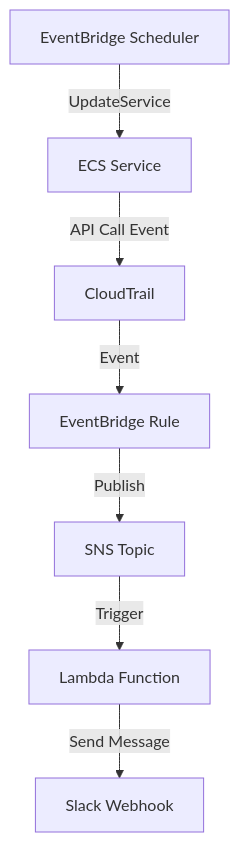
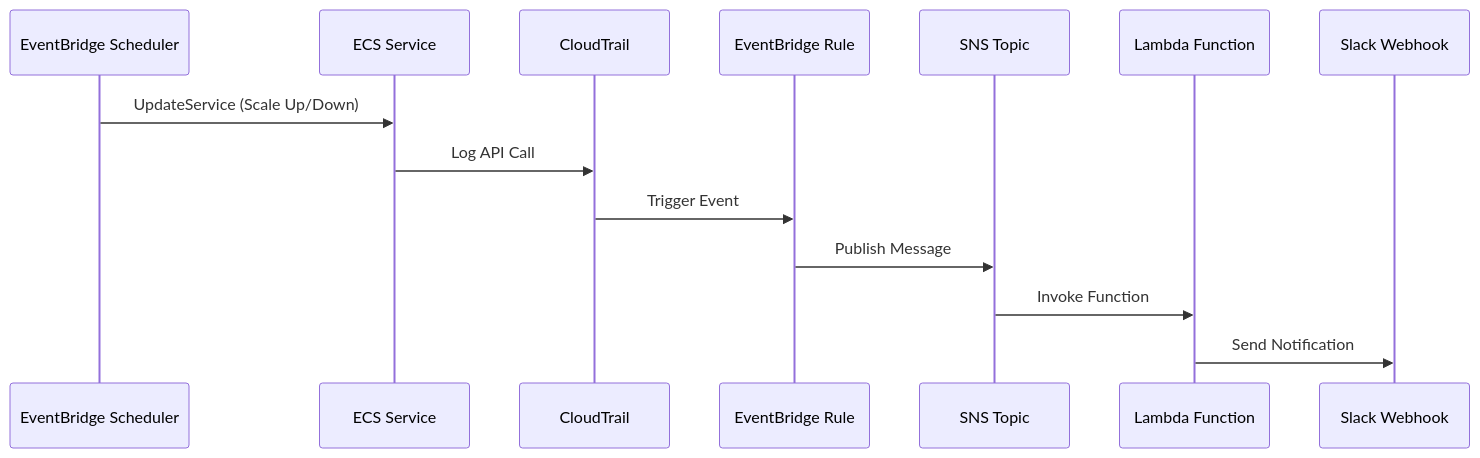
The diagram in README.md (ByeongHunKim/terraform-ecs-scheduler-module), drawn with Mermaid before and after one commit.

Commit message:
README.md

````diff
--- a/README.md
+++ b/README.md
@@ -26,17 +26,17 @@
 ```mermaid
-graph TB
-    EventBridge[EventBridge Scheduler]
-    ECS[ECS Service]
-    CloudTrail[CloudTrail]
-    EventBridgeRule[EventBridge Rule]
-    SNS[SNS Topic]
-    Lambda[Lambda Function]
-    Slack[Slack Webhook]
+sequenceDiagram
+    participant Scheduler as EventBridge Scheduler
+    participant ECS as ECS Service
+    participant Trail as CloudTrail
+    participant Rule as EventBridge Rule
+    participant SNS as SNS Topic
+    participant Lambda as Lambda Function
+    participant Slack as Slack Webhook
 
-    EventBridge -->|UpdateService| ECS
-    ECS -->|API Call Event| CloudTrail
-    CloudTrail -->|Event| EventBridgeRule
-    EventBridgeRule -->|Publish| SNS
-    SNS -->|Trigger| Lambda
-    Lambda -->|Send Message| Slack
+    Scheduler->>ECS: UpdateService (Scale Up/Down)
+    ECS->>Trail: Log API Call
+    Trail->>Rule: Trigger Event
+    Rule->>SNS: Publish Message
+    SNS->>Lambda: Invoke Function
+    Lambda->>Slack: Send Notification
 ```
````
